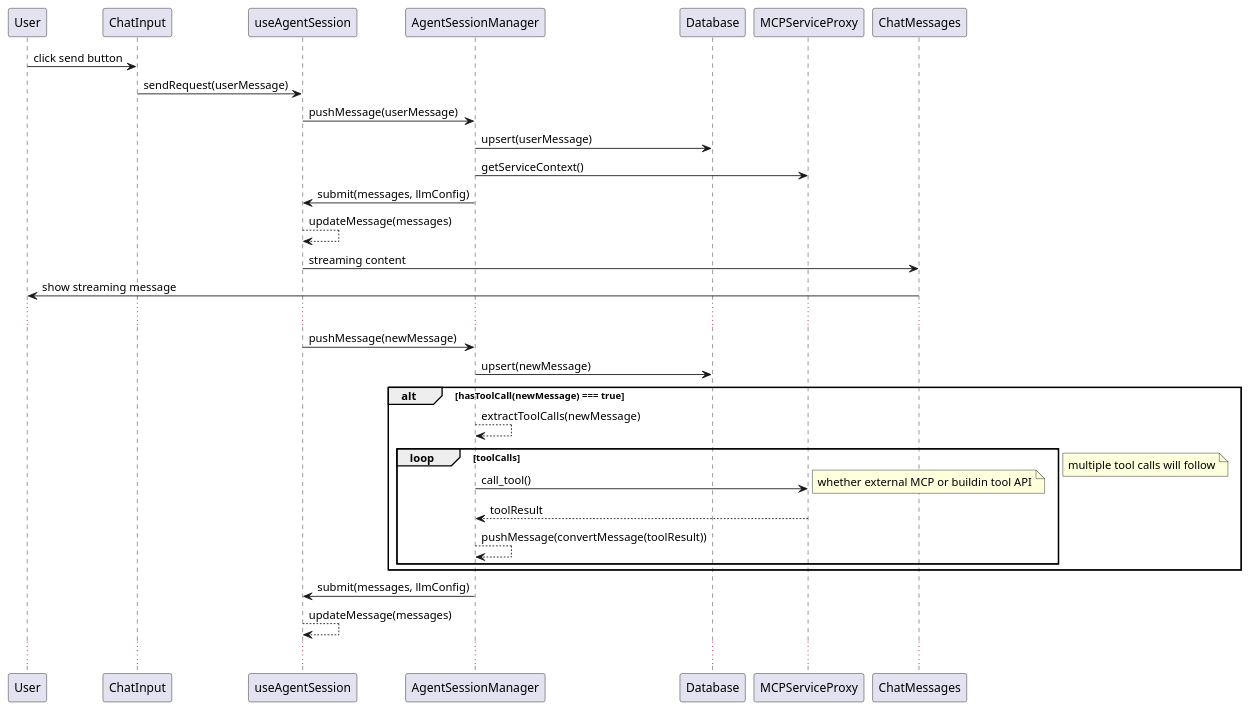
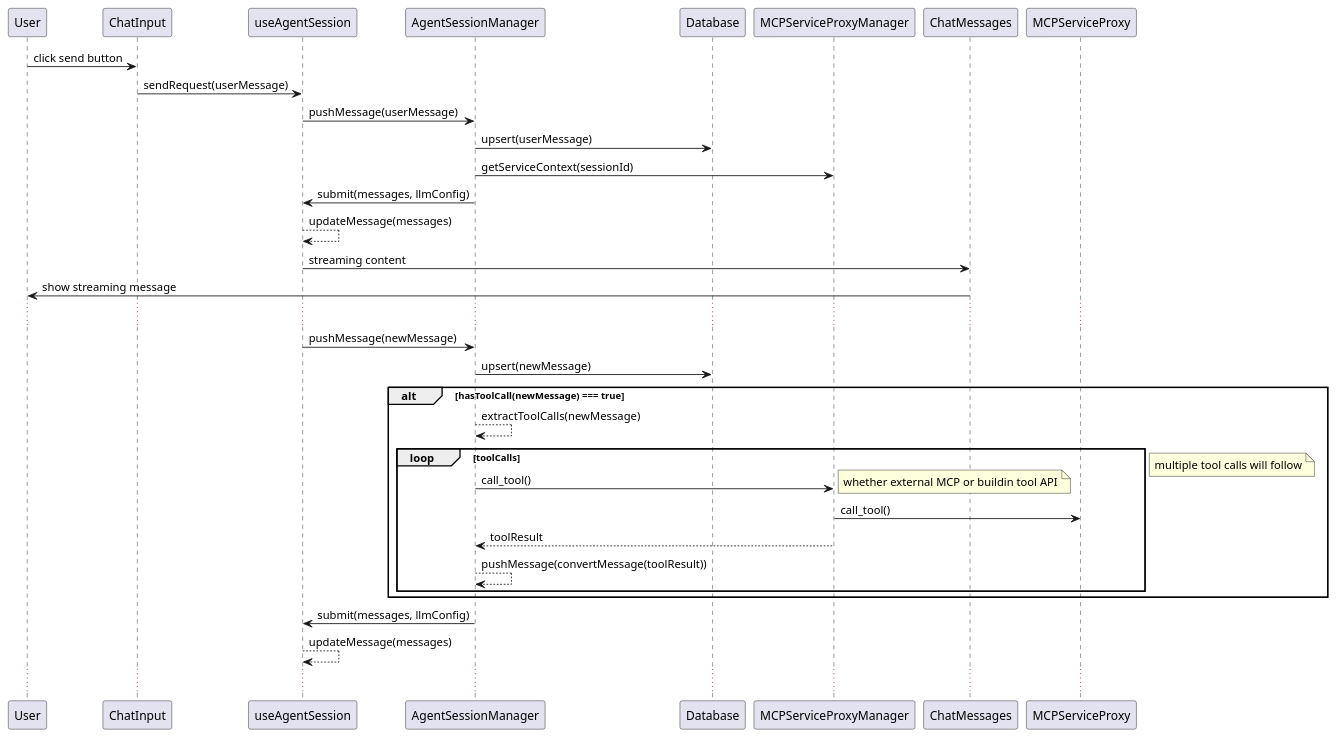
One commit to fritzprix/libr-agent changed the third of 3 diagrams in idea.md. Above: the diagram before and after it, drawn with PlantUML. The commit also changed other lines of this file and 81 other files, not shown here.

First line of the commit message:
feat: Add LLMService and ToolBridge context tests

````diff
--- a/idea.md
+++ b/idea.md
@@ -99,29 +117,30 @@
   ```puml
   @startuml
   User -> ChatInput: click send button
   ChatInput -> useAgentSession: sendRequest(userMessage)
   useAgentSession -> AgentSessionManager: pushMessage(userMessage)
   AgentSessionManager -> Database: upsert(userMessage)
-  AgentSessionManager -> MCPServiceProxy: getServiceContext()
+  AgentSessionManager -> MCPServiceProxyManager: getServiceContext(sessionId)
   AgentSessionManager -> useAgentSession: submit(messages, llmConfig)
   useAgentSession --> useAgentSession: updateMessage(messages)
   useAgentSession -> ChatMessages: streaming content
   ChatMessages -> User: show streaming message
   ...
   useAgentSession -> AgentSessionManager: pushMessage(newMessage)
   AgentSessionManager -> Database: upsert(newMessage)
   alt hasToolCall(newMessage) === true
   AgentSessionManager --> AgentSessionManager: extractToolCalls(newMessage)
   loop toolCalls
-  AgentSessionManager -> MCPServiceProxy: call_tool()
+  AgentSessionManager -> MCPServiceProxyManager: call_tool()
   note right: whether external MCP or buildin tool API
-  MCPServiceProxy --> AgentSessionManager: toolResult
+  MCPServiceProxyManager -> MCPServiceProxy: call_tool()
+  MCPServiceProxyManager --> AgentSessionManager: toolResult
   AgentSessionManager --> AgentSessionManager: pushMessage(convertMessage(toolResult))
   end
   note right: multiple tool calls will follow
   end
   AgentSessionManager -> useAgentSession: submit(messages, llmConfig)
   useAgentSession --> useAgentSession: updateMessage(messages)
   ...
   @enduml
   ```
````
